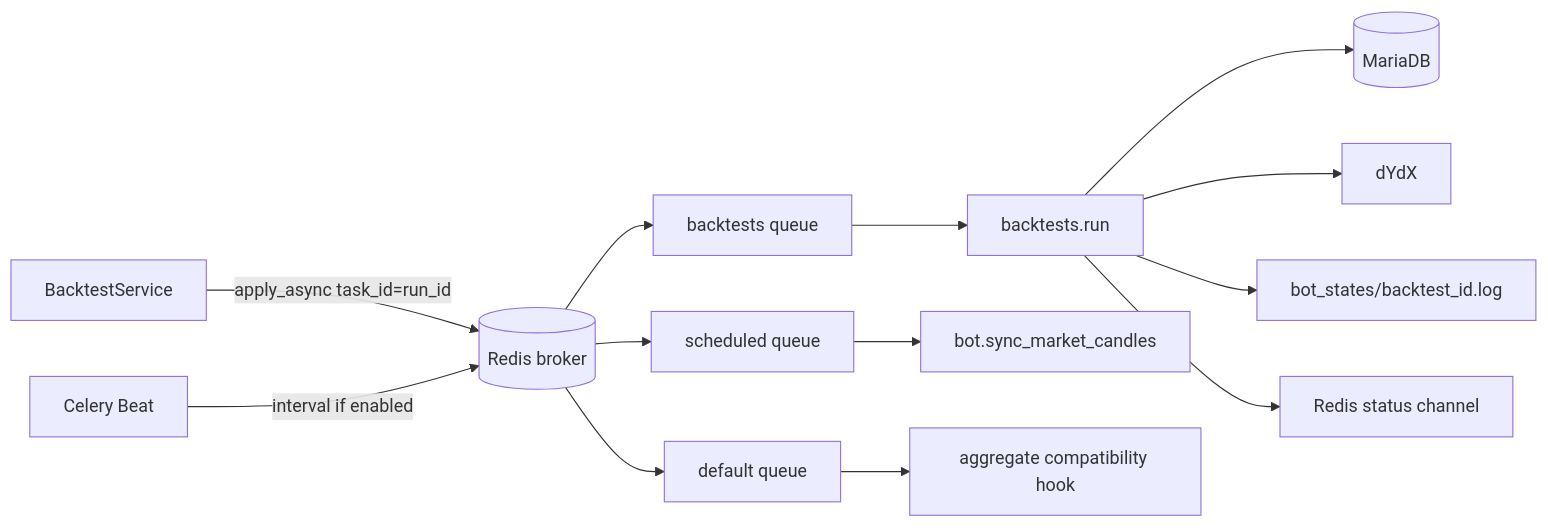
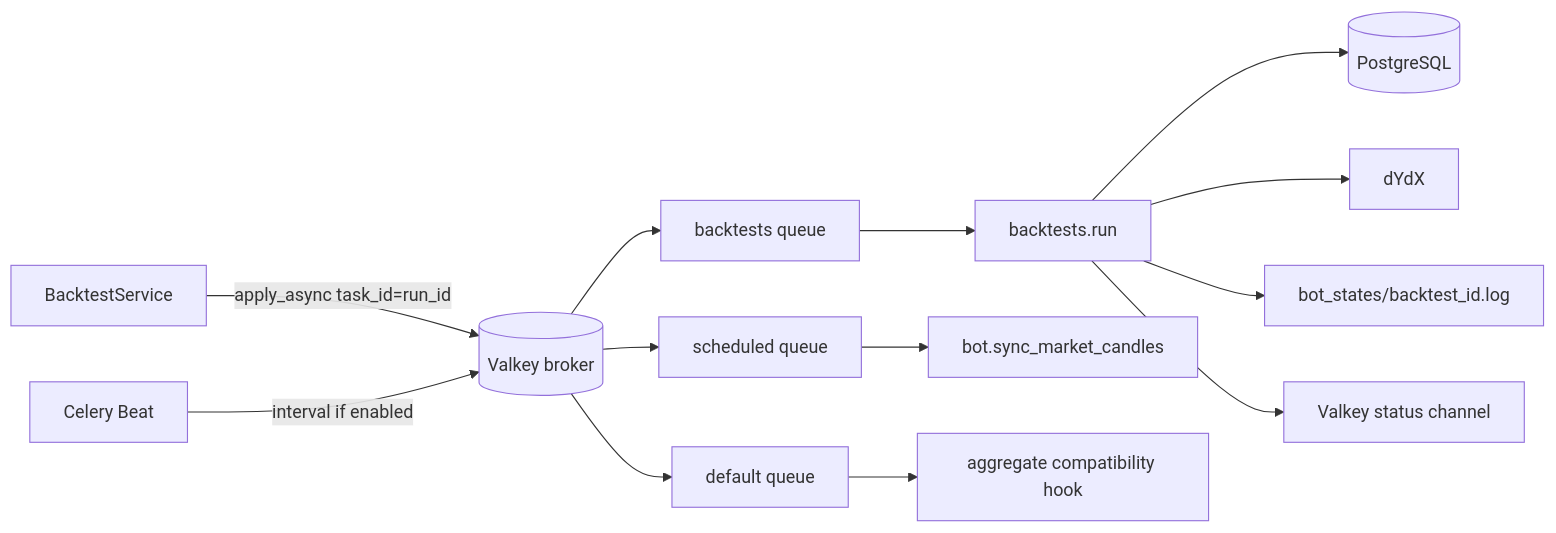
One commit to cploutarchou/dydx-trading-bot changed the diagram in bot/flows/background-tasks.md. Above: the diagram before and after it, drawn with Mermaid. The commit also changed other lines of this file and 51 other files, not shown here.

Commit message:
feat: update infrastructure configuration for PostgreSQL and Valkey integration

````diff
--- a/bot/flows/background-tasks.md
+++ b/bot/flows/background-tasks.md
@@ -33,15 +33,15 @@
 ```mermaid
 flowchart LR
-  API[BacktestService] -->|apply_async task_id=run_id| B[(Redis broker)]
+  API[BacktestService] -->|apply_async task_id=run_id| B[(Valkey broker)]
   Beat[Celery Beat] -->|interval if enabled| B
   B --> Q1[backtests queue]
   B --> Q2[scheduled queue]
   B --> Q3[default queue]
   Q1 --> Run[backtests.run]
   Q2 --> Sync[bot.sync_market_candles]
   Q3 --> Agg[aggregate compatibility hook]
-  Run --> DB[(MariaDB)]
+  Run --> DB[(PostgreSQL)]
   Run --> DX[dYdX]
   Run --> Log[bot_states/backtest_id.log]
-  Run --> Pub[Redis status channel]
+  Run --> Pub[Valkey status channel]
 ```
````
